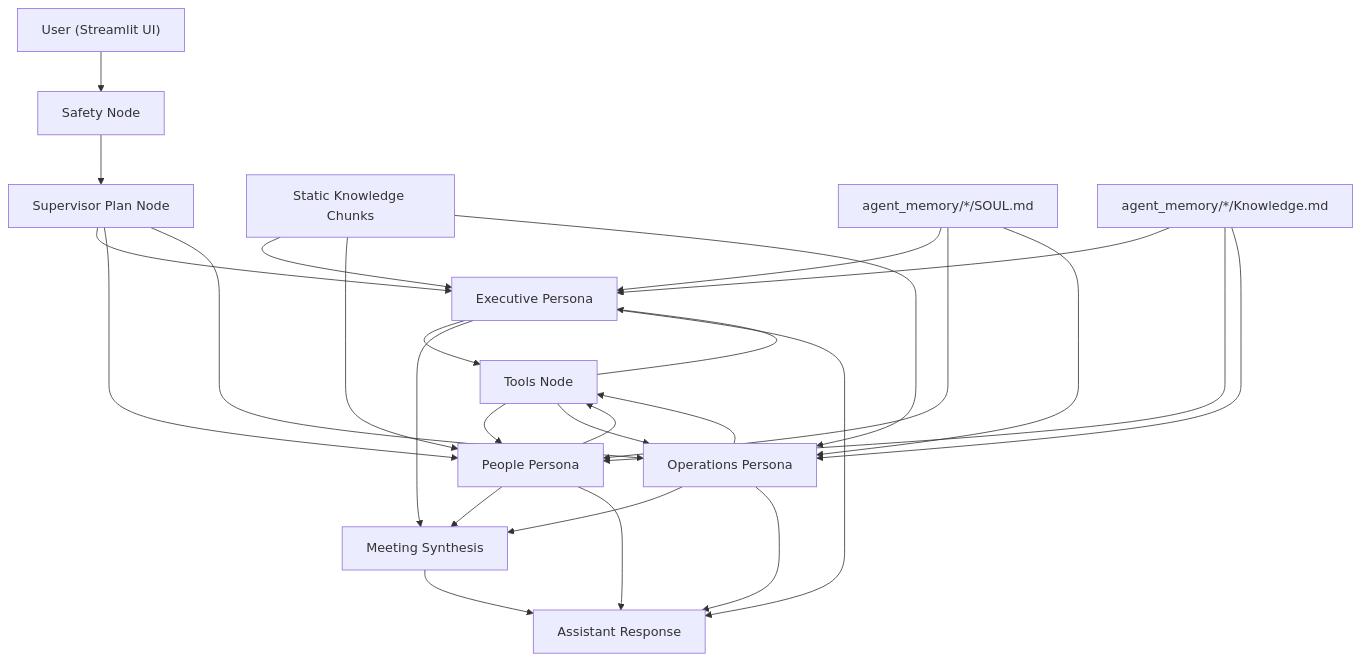
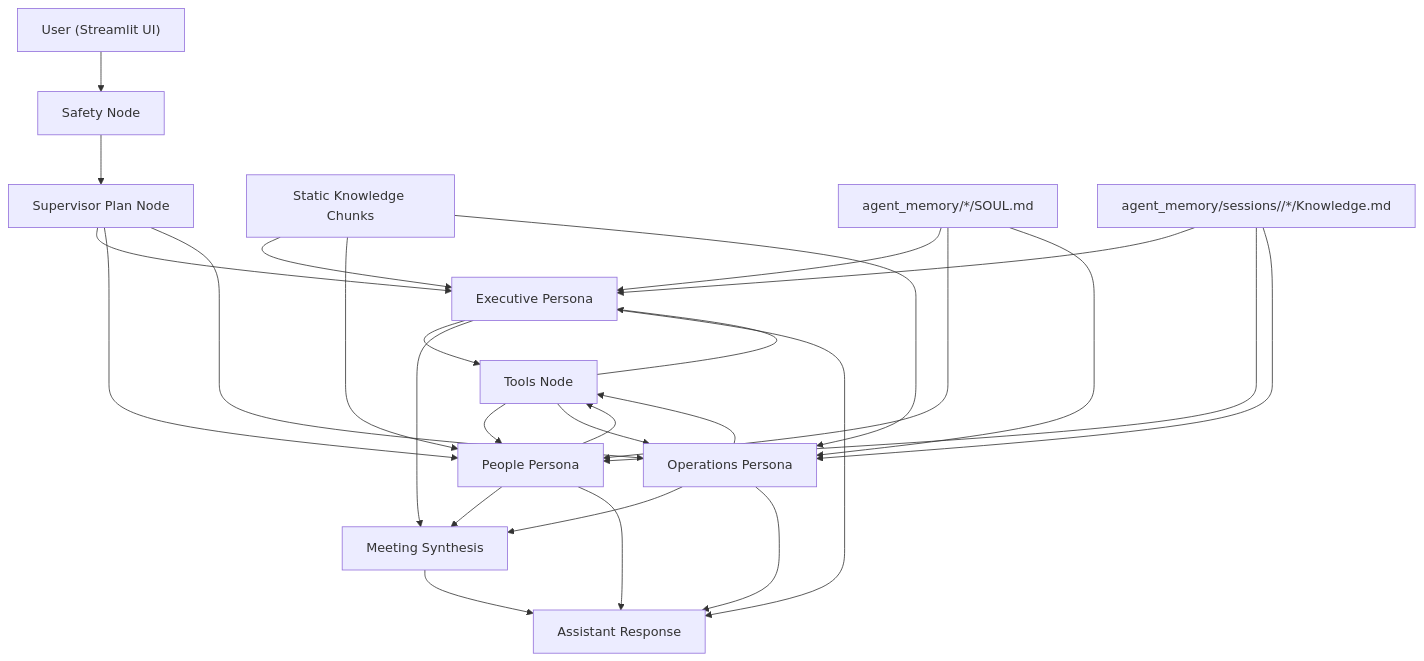
Before and after one commit to xuanquynhphamvu/edtronaunt-ai-co-worker: the diagram in README.md, drawn with Mermaid. The commit also changed other lines of this file and 8 other files, not shown here.

Commit message:
Add session-scoped agent memory

````diff
--- a/README.md
+++ b/README.md
@@ -47,31 +47,31 @@
 ```mermaid
 flowchart TD
     A["User (Streamlit UI)"] --> B["Safety Node"]
     B --> C["Supervisor Plan Node"]
     C --> D["Executive Persona"]
     C --> E["People Persona"]
     C --> F["Operations Persona"]
     D --> G["Tools Node"]
     E --> G
     F --> G
     D --> H["Meeting Synthesis"]
     E --> H
     F --> H
     G --> D
     G --> E
     G --> F
     H --> I["Assistant Response"]
     D --> I
     E --> I
     F --> I
 
     J["Static Knowledge Chunks"] --> D
     J --> E
     J --> F
     K["agent_memory/*/SOUL.md"] --> D
     K --> E
     K --> F
-    L["agent_memory/*/Knowledge.md"] --> D
+    L["agent_memory/sessions/<session_id>/*/Knowledge.md"] --> D
     L --> E
     L --> F
 ```
````
